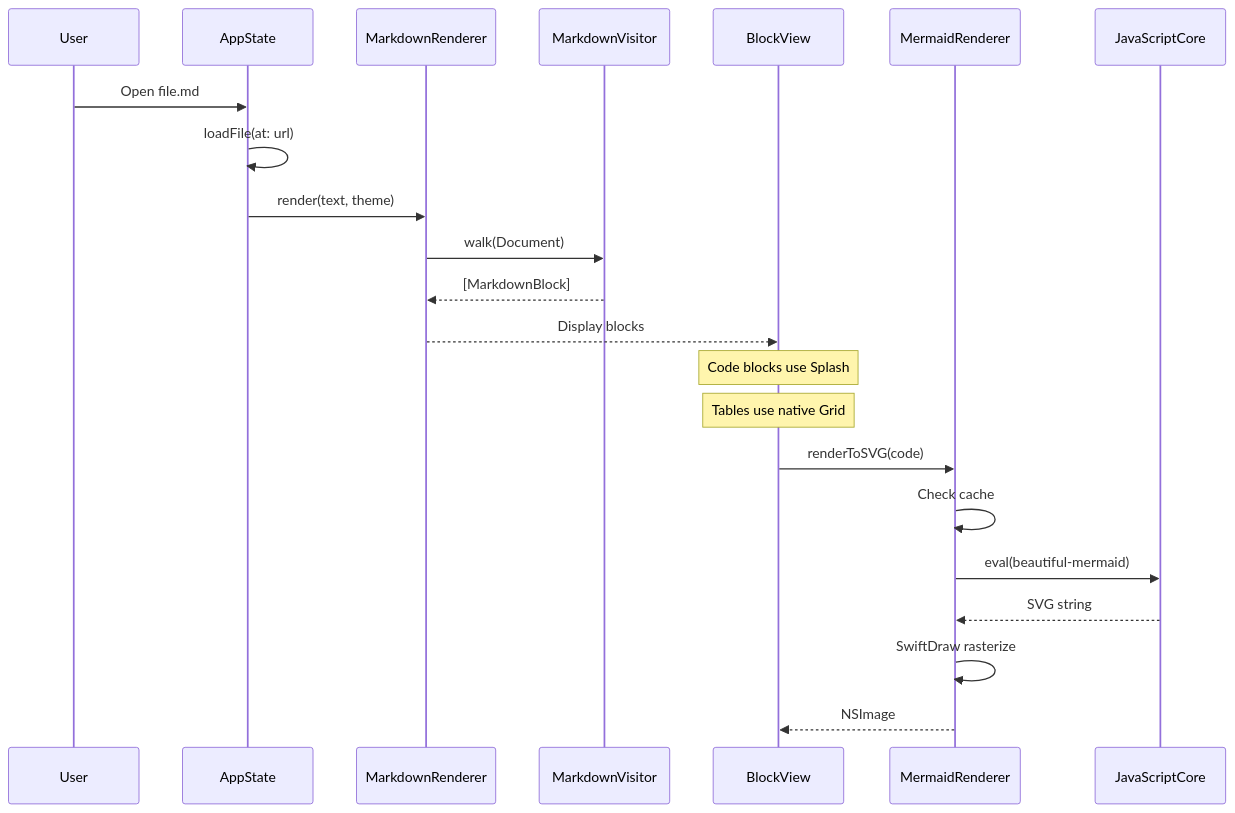
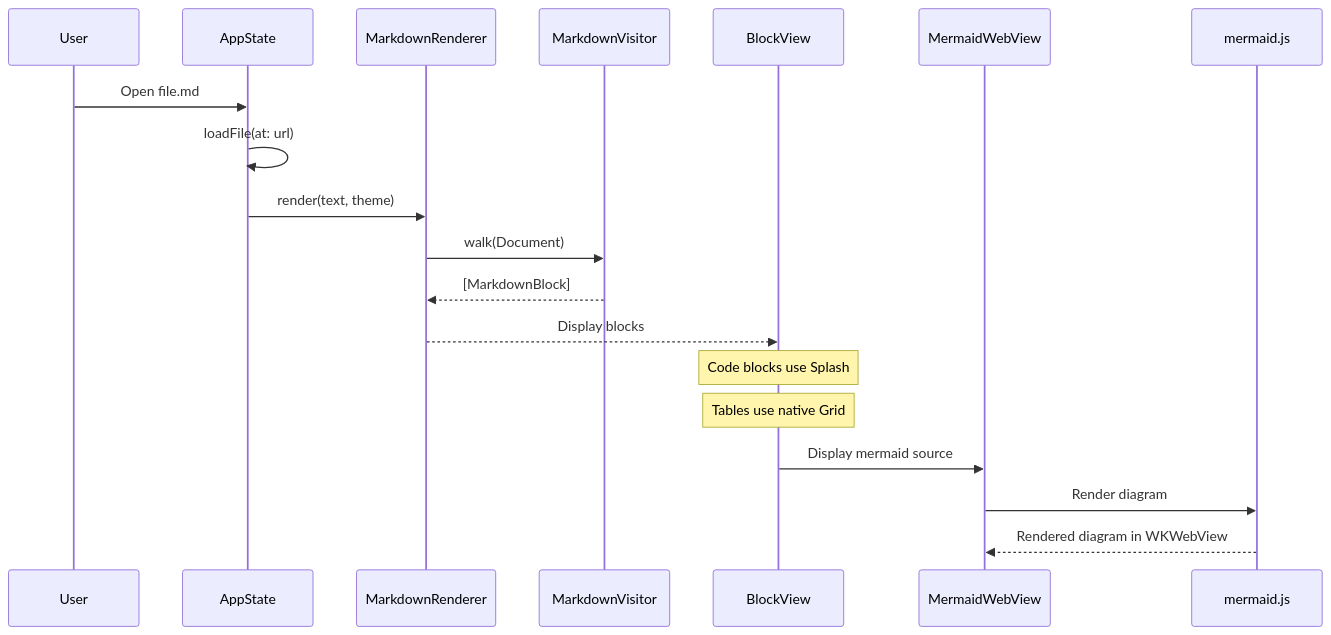
Before and after one commit to Jud/mkdn: the second of 2 diagrams in README.md, drawn with Mermaid. The commit also changed other lines of this file and 1 other file, not shown here.

First line of the commit message:
docs: update README and KB to reflect WKWebView Mermaid architecture

````diff
--- a/README.md
+++ b/README.md
@@ -133,27 +129,24 @@
 ```mermaid
 sequenceDiagram
     participant User
     participant App as AppState
     participant Parser as MarkdownRenderer
     participant Visitor as MarkdownVisitor
     participant View as BlockView
-    participant Mermaid as MermaidRenderer
-    participant JSC as JavaScriptCore
+    participant MWV as MermaidWebView
+    participant MJS as mermaid.js
 
     User->>App: Open file.md
     App->>App: loadFile(at: url)
     App->>Parser: render(text, theme)
     Parser->>Visitor: walk(Document)
     Visitor-->>Parser: [MarkdownBlock]
     Parser-->>View: Display blocks
 
     Note over View: Code blocks use Splash
     Note over View: Tables use native Grid
 
-    View->>Mermaid: renderToSVG(code)
-    Mermaid->>Mermaid: Check cache
-    Mermaid->>JSC: eval(beautiful-mermaid)
-    JSC-->>Mermaid: SVG string
-    Mermaid->>Mermaid: SwiftDraw rasterize
-    Mermaid-->>View: NSImage
+    View->>MWV: Display mermaid source
+    MWV->>MJS: Render diagram
+    MJS-->>MWV: Rendered diagram in WKWebView
 ```
````
